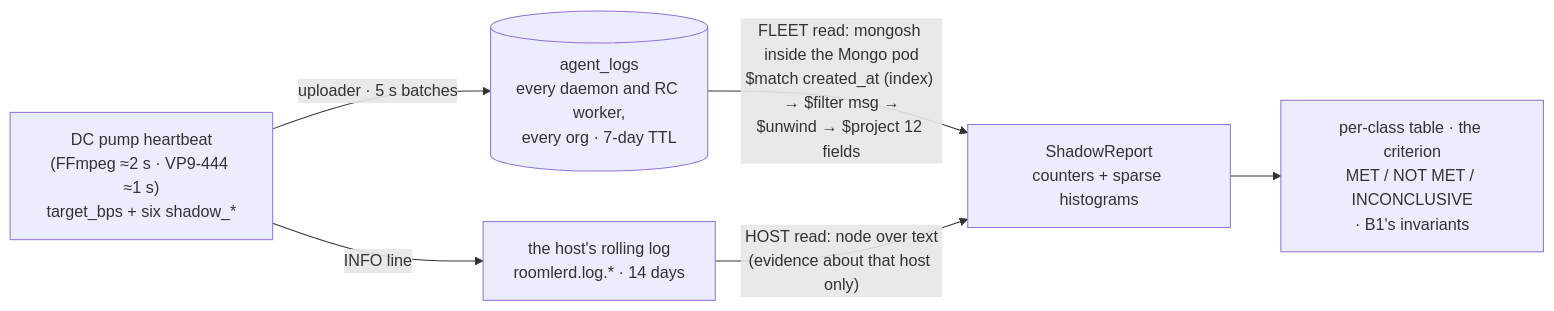
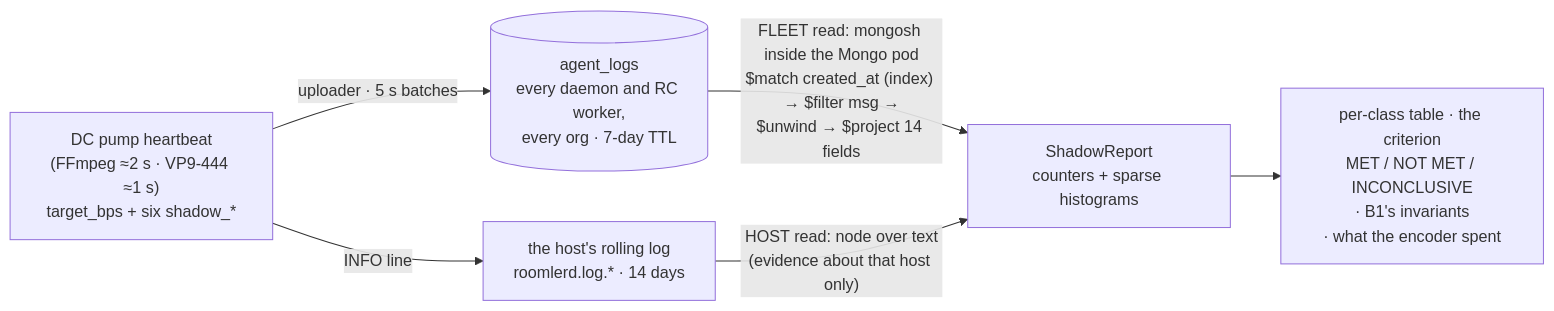
Before and after one commit to gjovanov/roomler-ai: the eighth of 10 diagrams in docs/rate-control.md, drawn with Mermaid. The commit also changed other lines of this file and 3 other files, not shown here.

First line of the commit message:
docs(fr-63): what the criterion cannot see, and what the report prints for it

````diff
--- a/docs/rate-control.md
+++ b/docs/rate-control.md
@@ -1076,8 +1076,8 @@
 ```mermaid
 flowchart LR
     HB["DC pump heartbeat<br/>(FFmpeg ≈2 s · VP9-444 ≈1 s)<br/>target_bps + six shadow_*"] -->|"INFO line"| DISK["the host's rolling log<br/>roomlerd.log.* · 14 days"]
     HB -->|"uploader · 5 s batches"| AL[("agent_logs<br/>every daemon and RC worker,<br/>every org · 7-day TTL")]
-    AL -->|"FLEET read: mongosh inside the Mongo pod<br/>$match created_at (index) → $filter msg →<br/>$unwind → $project 12 fields"| CORE["ShadowReport<br/>counters + sparse histograms"]
+    AL -->|"FLEET read: mongosh inside the Mongo pod<br/>$match created_at (index) → $filter msg →<br/>$unwind → $project 14 fields"| CORE["ShadowReport<br/>counters + sparse histograms"]
     DISK -->|"HOST read: node over text<br/>(evidence about that host only)"| CORE
-    CORE --> OUT["per-class table · the criterion<br/>MET / NOT MET / INCONCLUSIVE<br/>· B1's invariants"]
+    CORE --> OUT["per-class table · the criterion<br/>MET / NOT MET / INCONCLUSIVE<br/>· B1's invariants<br/>· what the encoder spent"]
 ```
````
